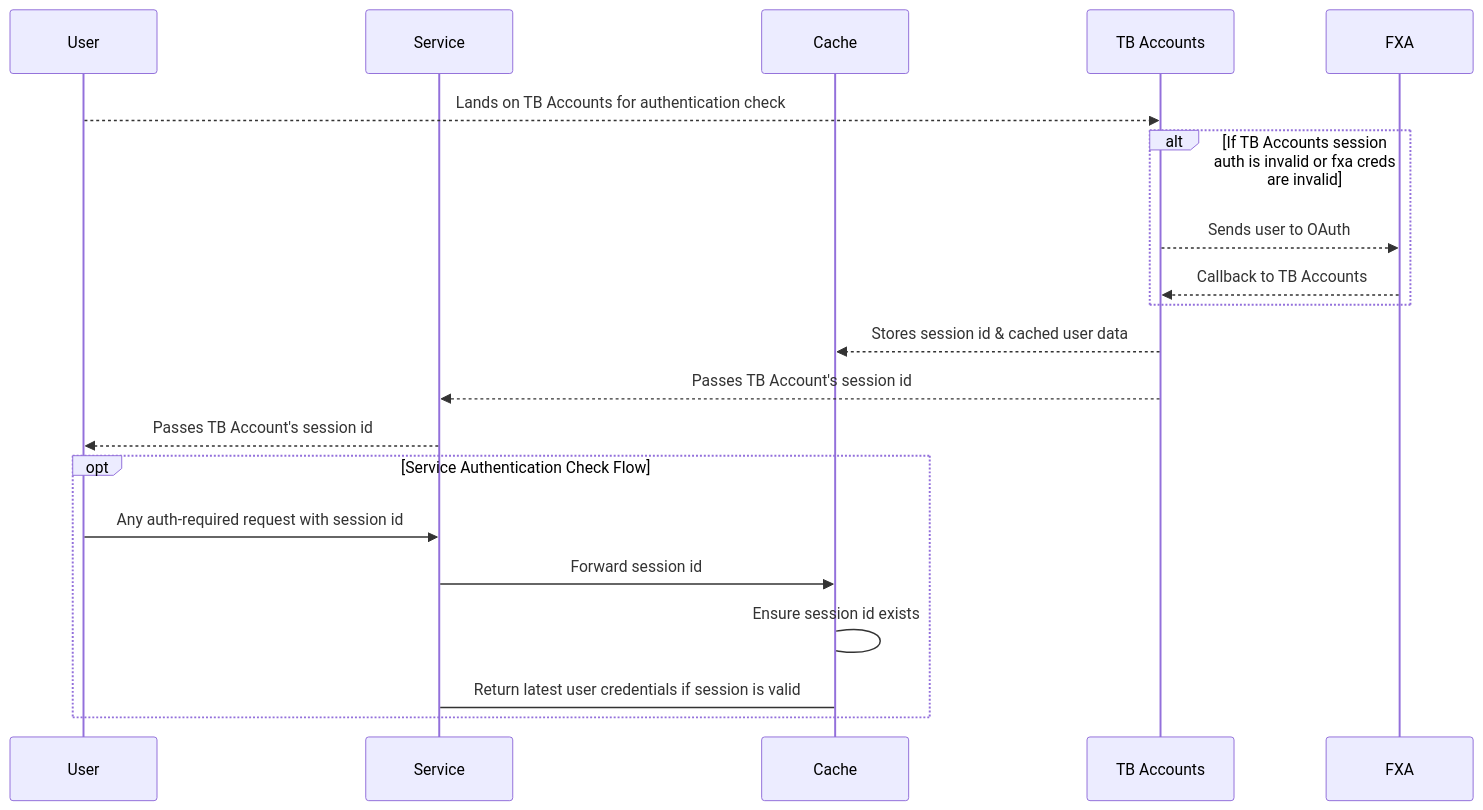
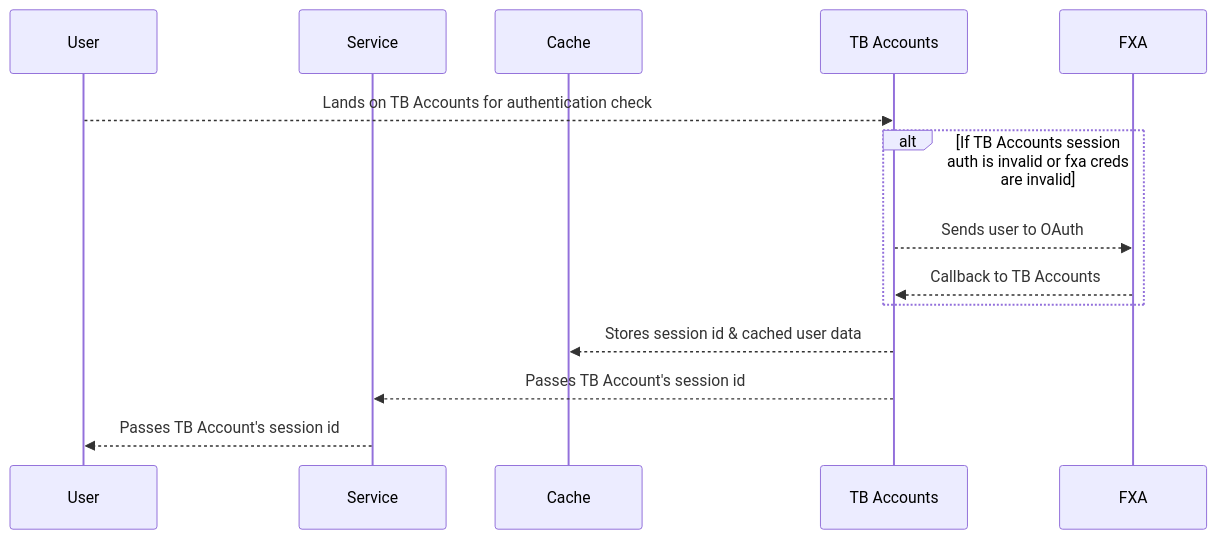
The first of 3 diagrams in docs/infra.rst (thunderbird/thunderbird-accounts), drawn with Mermaid before and after one commit. The commit also changed 1 other file, not shown here.

Commit message:
Fix docs and add instructions on how to build docs manully

```diff
--- a/docs/infra.rst
+++ b/docs/infra.rst
@@ -17,32 +17,24 @@
 .. mermaid::
 
   sequenceDiagram
     participant User
     participant Service
     participant Cache
     participant TB Accounts
     participant FXA
 
     User-->>TB Accounts: Lands on TB Accounts for authentication check
 
     alt If TB Accounts session auth is invalid or fxa creds are invalid
     TB Accounts-->>FXA: Sends user to OAuth
     FXA-->>TB Accounts: Callback to TB Accounts
     end
 
     #opt Infra note
     #Service->TB Accounts: Share Session Secret(?)
     #end
 
     TB Accounts-->>Cache: Stores session id & cached user data
 
     TB Accounts-->>Service: Passes TB Account's session id
     Service-->>User: Passes TB Account's session id
-
-    opt Service Authentication Check Flow
-    User->>Service: Any auth-required request with session id
-    Service->>Cache: Forward session id
-    Cache->Cache: Ensure session id exists
-    Service->Cache: Return latest user credentials if session is valid
-
-    end
```
